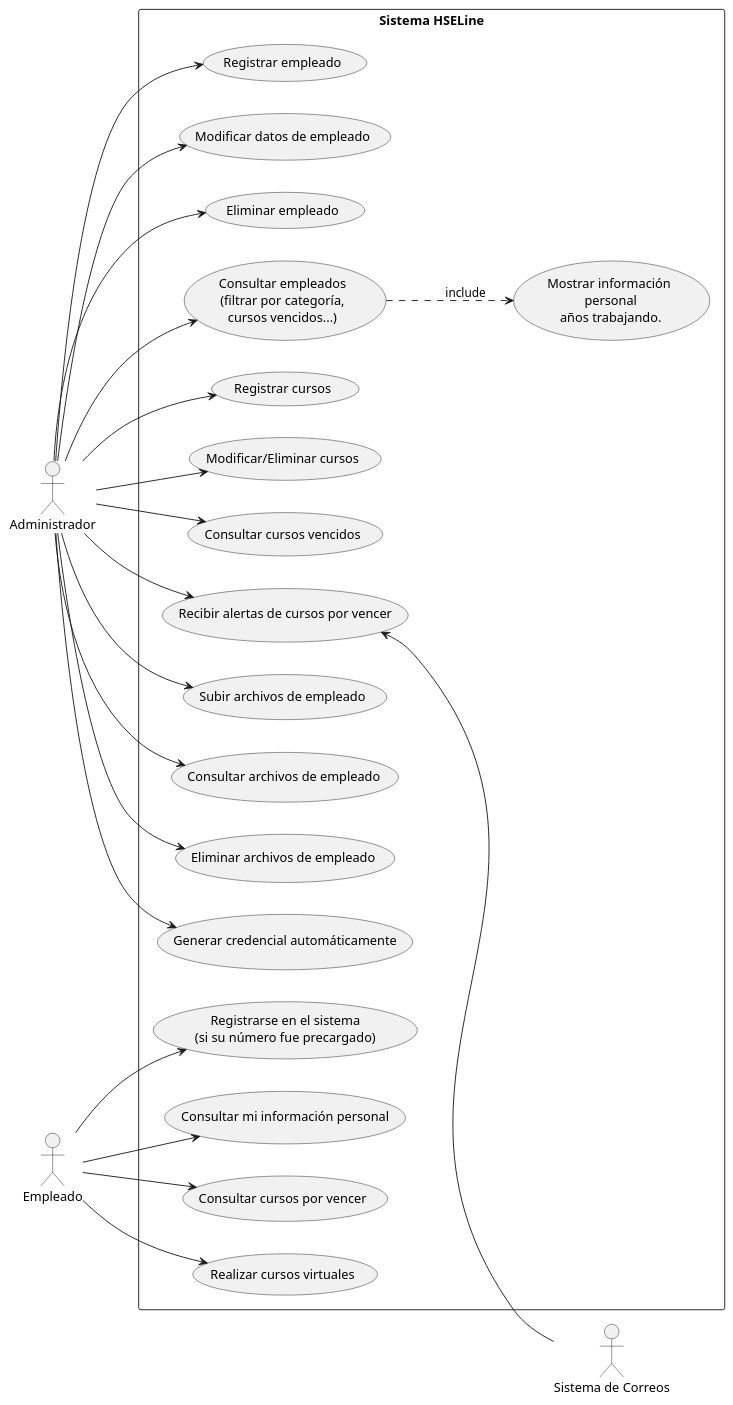
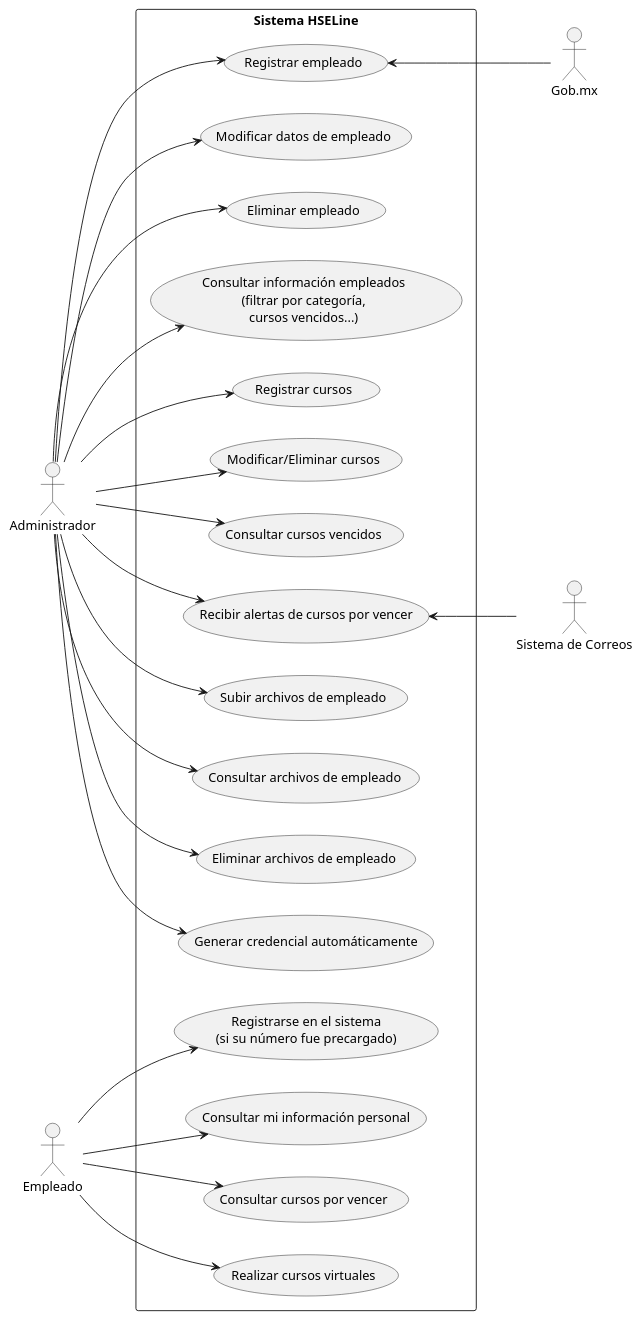
Before and after one commit to JoseDom18/HSELine-project: the diagram in plantuml.md, drawn with PlantUML. The commit also changed 3 other files, not shown here.

````diff
--- a/plantuml.md
+++ b/plantuml.md
@@ -1,61 +1,60 @@
 ```plantuml
 @startuml
 left to right direction
 skinparam packageStyle rectangle
 actor Administrador
 actor Empleado
 actor "Sistema de Correos" as Mailer
+actor "Gob.mx" as curp
 
 rectangle "Sistema HSELine" {
   
   ' Casos de uso del Administrador
   usecase "Registrar empleado" as UC1
   usecase "Modificar datos de empleado" as UC2
   usecase "Eliminar empleado" as UC3
-  usecase "Consultar empleados\n(filtrar por categoría,\ncursos vencidos...)" as UC4
-  usecase "Mostrar información\n personal\n años trabajando." as UC17
+  usecase "Consultar información empleados\n(filtrar por categoría,\ncursos vencidos...)" as UC4
   usecase "Registrar cursos" as UC5
   usecase "Modificar/Eliminar cursos" as UC6
   usecase "Consultar cursos vencidos" as UC7
   usecase "Recibir alertas de cursos por vencer" as UC8
   usecase "Subir archivos de empleado" as UC9
   usecase "Consultar archivos de empleado" as UC10
   usecase "Eliminar archivos de empleado" as UC11
   usecase "Generar credencial automáticamente" as UC12
 
   ' Casos de uso del Empleado
   usecase "Registrarse en el sistema\n(si su número fue precargado)" as UC13
   usecase "Consultar mi información personal" as UC14
   usecase "Consultar cursos por vencer" as UC15
   usecase "Realizar cursos virtuales" as UC16
-
-  ' Relaciones include
-  UC4 .down.> UC17 : include
 
 
   ' Relaciones del Administrador
   Administrador --> UC1
   Administrador --> UC2
   Administrador --> UC3
   Administrador --> UC4
   Administrador --> UC5
   Administrador --> UC6
   Administrador --> UC7
   Administrador --> UC8
   Administrador --> UC9
   Administrador --> UC10
   Administrador --> UC11
   Administrador --> UC12
 
   ' Relaciones del Empleado
   Empleado --> UC13
   Empleado --> UC14
   Empleado --> UC15
   Empleado --> UC16
 
   ' Relación del sistema con módulo externo de alertas
   UC8 <-down- Mailer
+  ' Relación del sistema con módulo externo de datos personales
+  UC1 <-down- curp
 }
 
 @enduml
 ```
````
